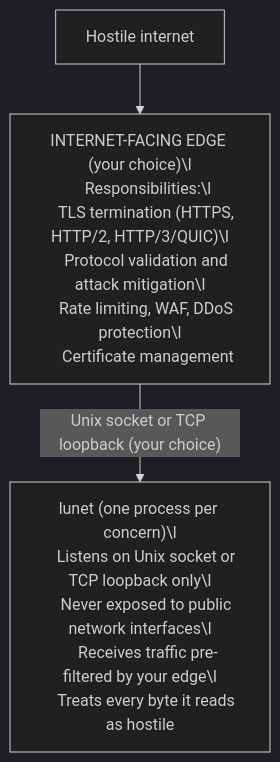
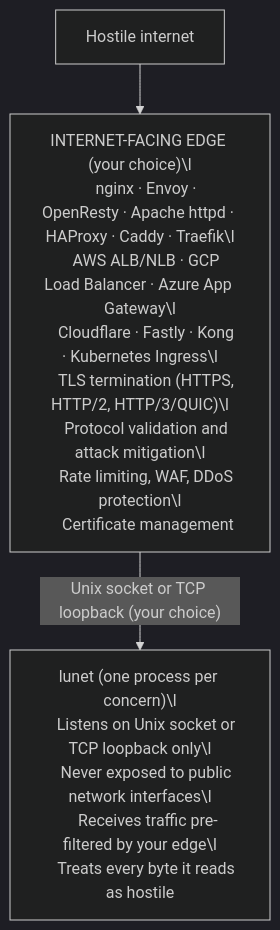
One commit to lua-lunet/lunet changed the diagram in docs/SECURITY_ARCHITECTURE.md. Above: the diagram before and after it, drawn with Mermaid (dark theme). The commit also changed other lines of this file and 13 other files, not shown here.

````diff
--- a/docs/SECURITY_ARCHITECTURE.md
+++ b/docs/SECURITY_ARCHITECTURE.md
@@ -13,17 +13,19 @@
 ```mermaid
 flowchart TB
     hostile["Hostile internet"]
     edge["INTERNET-FACING EDGE (your choice)\l
-    Responsibilities:\l
+    nginx · Envoy · OpenResty · Apache httpd · HAProxy · Caddy · Traefik\l
+    AWS ALB/NLB · GCP Load Balancer · Azure App Gateway\l
+    Cloudflare · Fastly · Kong · Kubernetes Ingress\l
     TLS termination (HTTPS, HTTP/2, HTTP/3/QUIC)\l
     Protocol validation and attack mitigation\l
     Rate limiting, WAF, DDoS protection\l
     Certificate management"]
     lunet["lunet (one process per concern)\l
     Listens on Unix socket or TCP loopback only\l
     Never exposed to public network interfaces\l
     Receives traffic pre-filtered by your edge\l
     Treats every byte it reads as hostile"]
     hostile --> edge
     edge -->|"Unix socket or TCP loopback (your choice)"| lunet
 ```
````
